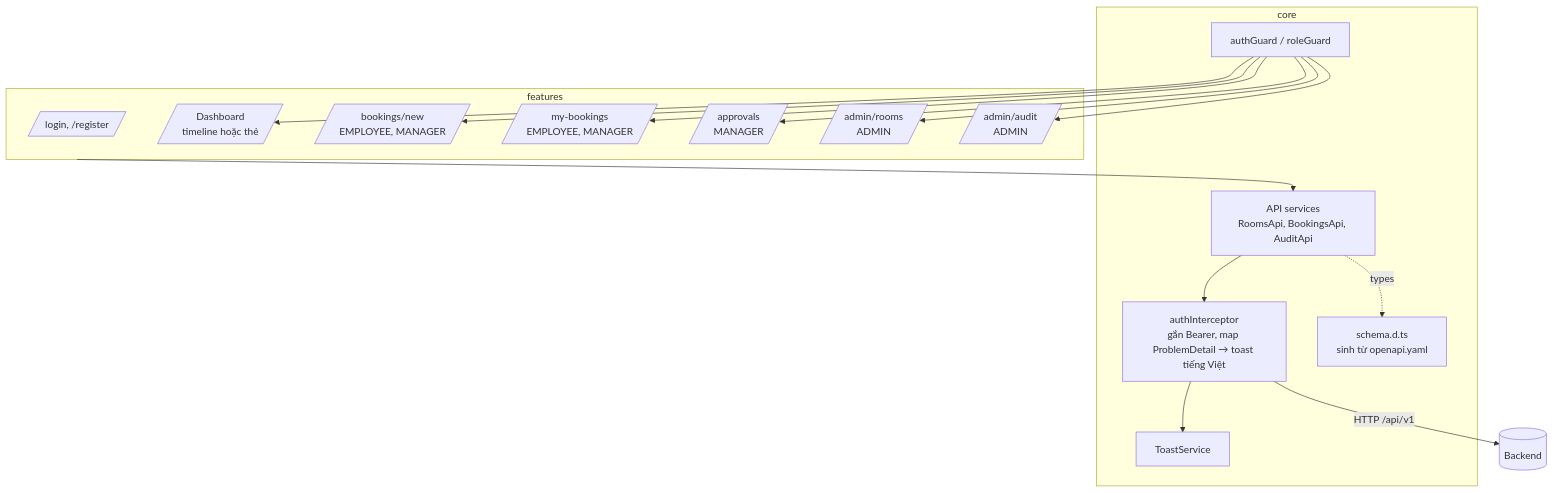
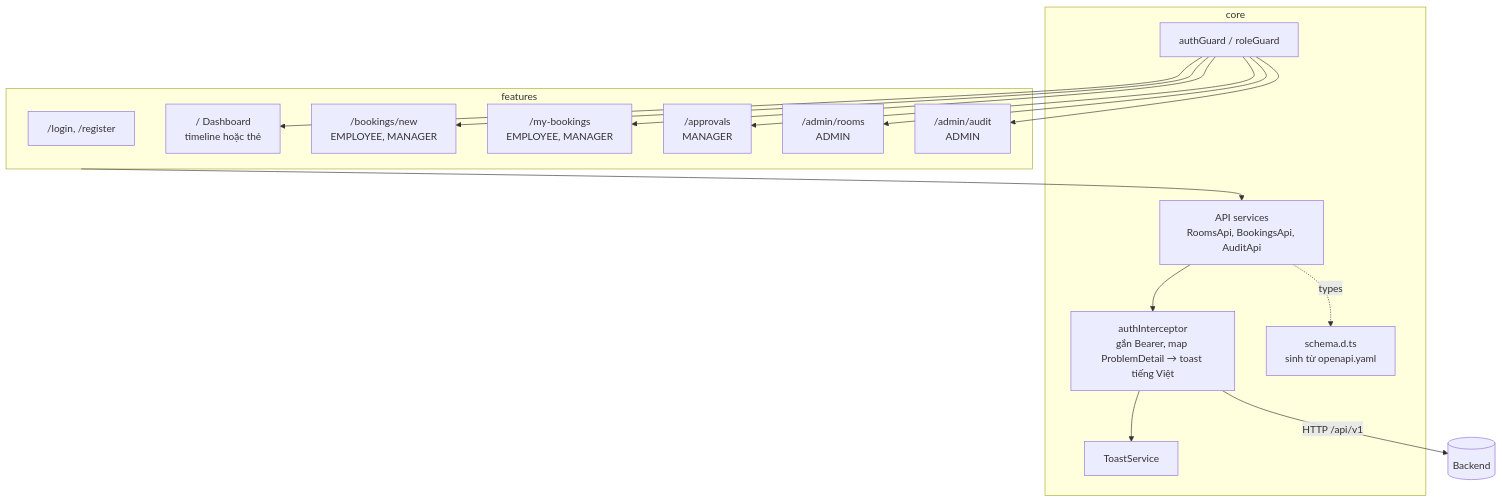
One commit to Kaytapcode/Space_Booking changed the tenth of 11 diagrams in README.md. Above: the diagram before and after it, drawn with Mermaid. The commit also changed other lines of this file, not shown here.

Commit message:
Fix Readme mermaid bugs

````diff
--- a/README.md
+++ b/README.md
@@ -457,27 +457,27 @@
 ```mermaid
 flowchart TB
     subgraph core
         AI[authInterceptor<br/>gắn Bearer, map ProblemDetail → toast tiếng Việt]
         AG[authGuard / roleGuard]
         API[API services<br/>RoomsApi, BookingsApi, AuditApi]
         TS[ToastService]
         GEN[schema.d.ts<br/>sinh từ openapi.yaml]
     end
 
     subgraph features
-        L[/login, /register/]
-        D[/ Dashboard<br/>timeline hoặc thẻ/]
-        BF[/bookings/new<br/>EMPLOYEE, MANAGER/]
-        MB[/my-bookings<br/>EMPLOYEE, MANAGER/]
-        AP[/approvals<br/>MANAGER/]
-        AR[/admin/rooms<br/>ADMIN/]
-        AA[/admin/audit<br/>ADMIN/]
+        L["/login, /register"]
+        D["/ Dashboard<br/>timeline hoặc thẻ"]
+        BF["/bookings/new<br/>EMPLOYEE, MANAGER"]
+        MB["/my-bookings<br/>EMPLOYEE, MANAGER"]
+        AP["/approvals<br/>MANAGER"]
+        AR["/admin/rooms<br/>ADMIN"]
+        AA["/admin/audit<br/>ADMIN"]
     end
 
     AG --> D & BF & MB & AP & AR & AA
     features --> API
     API --> AI
     API -.types.-> GEN
     AI --> TS
     AI -->|HTTP /api/v1| BE[(Backend)]
 ```
````
